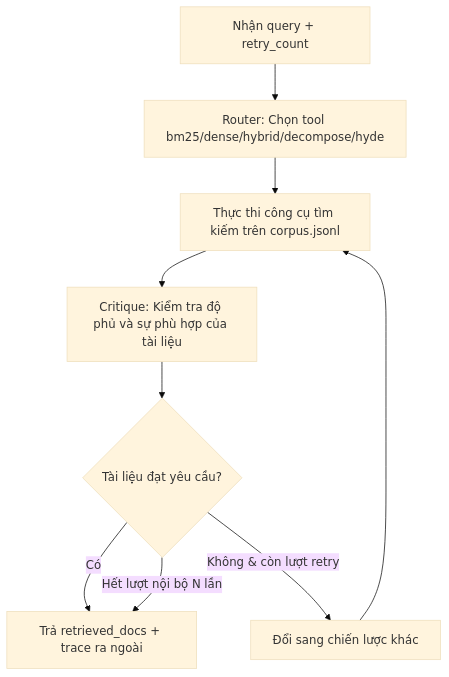
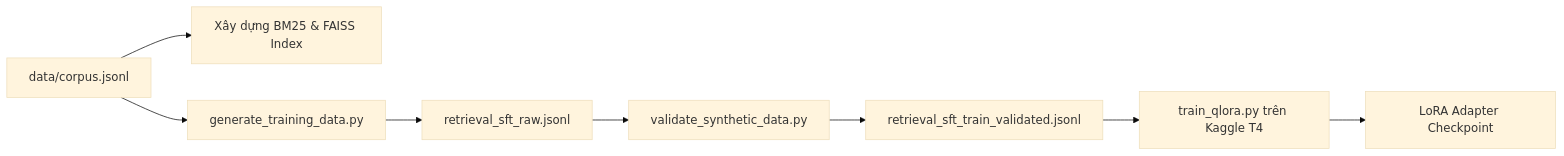
The diagram in agents/agent1_retrieval/README.md (ducmanh-jr/Multi-Agent_RAG), drawn with Mermaid (base theme) before and after one commit. The commit also changed other lines of this file and 4 other files, not shown here.

Commit message:
docs: cập nhật tài liệu đặc tả kỹ thuật chi tiết cho 5 agent tối ưu cho Kaggle T4x2

````diff
--- a/agents/agent1_retrieval/README.md
+++ b/agents/agent1_retrieval/README.md
@@ -91,10 +64,10 @@
 ```mermaid
-flowchart TD
-    A[Nhận query + retry_count] --> B[Router: Chọn tool bm25/dense/hybrid/decompose/hyde]
-    B --> C[Thực thi công cụ tìm kiếm trên corpus.jsonl]
-    C --> D[Critique: Kiểm tra độ phủ và sự phù hợp của tài liệu]
-    D --> E{Tài liệu đạt yêu cầu?}
-    E -- Có --> F[Trả retrieved_docs + trace ra ngoài]
-    E -- Không & còn lượt retry --> G[Đổi sang chiến lược khác] --> C
-    E -- Hết lượt nội bộ N lần --> F
+flowchart LR
+    A[data/corpus.jsonl] --> B[Xây dựng BM25 & FAISS Index]
+    A --> C[generate_training_data.py]
+    C --> D[retrieval_sft_raw.jsonl]
+    D --> E[validate_synthetic_data.py]
+    E --> F[retrieval_sft_train_validated.jsonl]
+    F --> G[train_qlora.py trên Kaggle T4]
+    G --> H[LoRA Adapter Checkpoint]
 ```
````
